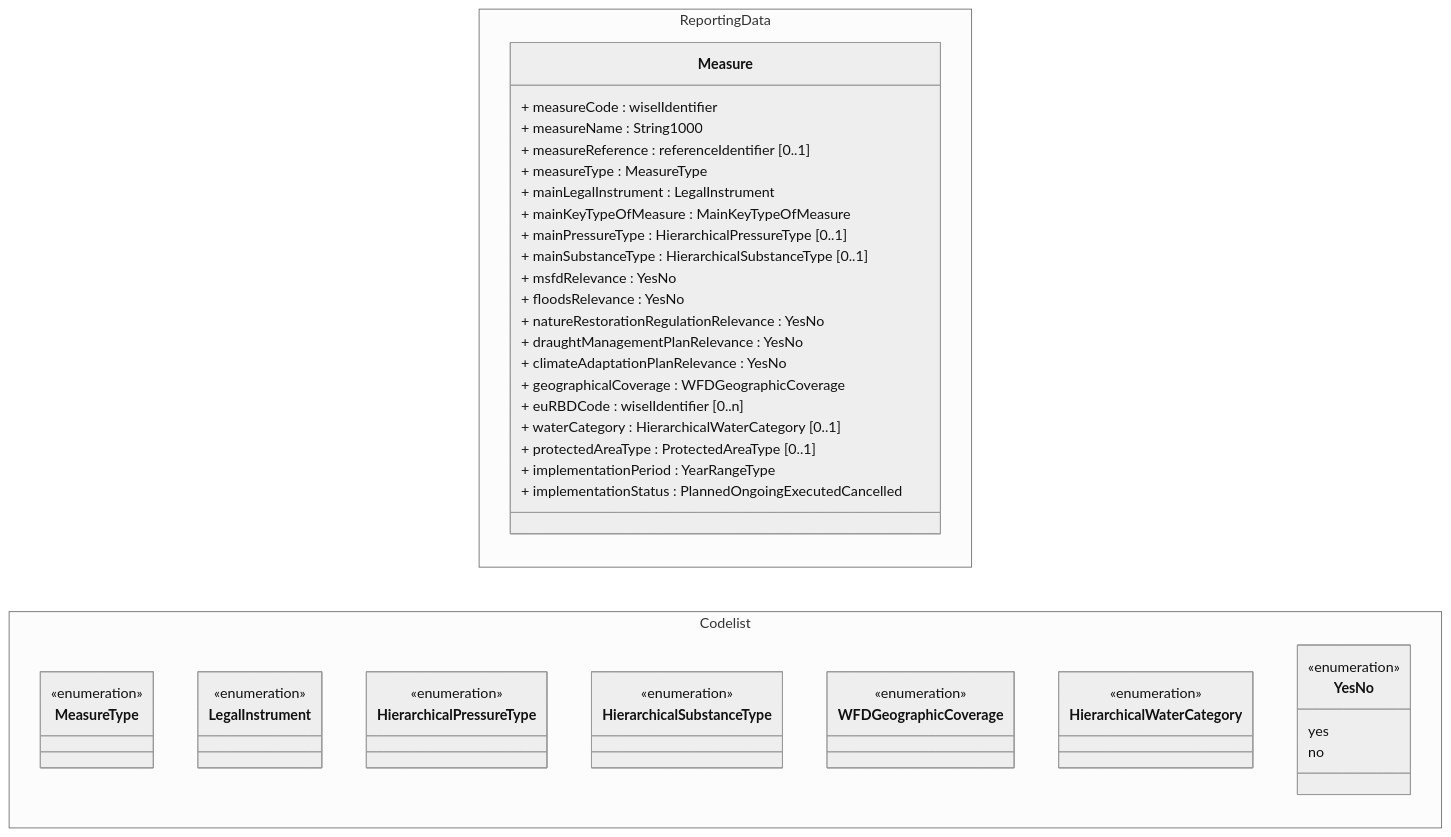
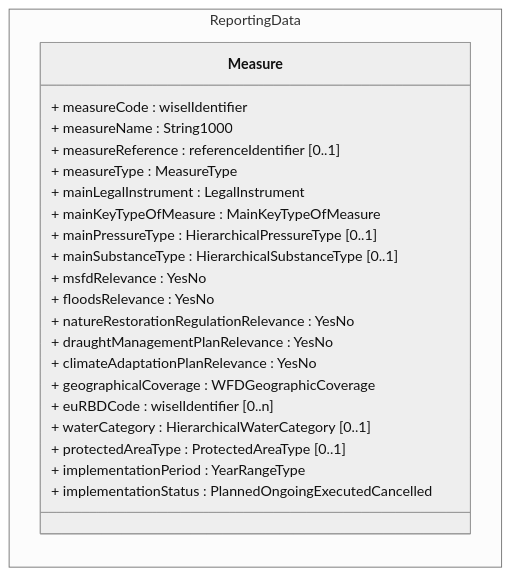
Before and after one commit to eeadata/WISE.WFD.Documentation: the diagram in docs/DataModelReview/mmd/Measures_Measure_4thCycle_ClassDiagram.mmd, drawn with Mermaid. The commit also changed 9 other files, not shown here.

```diff
--- a/docs/DataModelReview/mmd/Measures_Measure_4thCycle_ClassDiagram.mmd
+++ b/docs/DataModelReview/mmd/Measures_Measure_4thCycle_ClassDiagram.mmd
@@ -1,57 +1,31 @@
 %%{init : {'theme' : 'neutral'}}%%
 classDiagram
 direction LR
 namespace ReportingData{
 class Measure {
  + measureCode : wiselIdentifier
  + measureName : String1000
  + measureReference : referenceIdentifier [0..1]
 
  + measureType : MeasureType 
  + mainLegalInstrument : LegalInstrument
  + mainKeyTypeOfMeasure : MainKeyTypeOfMeasure
 
  + mainPressureType : HierarchicalPressureType [0..1]
  + mainSubstanceType : HierarchicalSubstanceType [0..1]
 
  + msfdRelevance : YesNo
  + floodsRelevance : YesNo
  + natureRestorationRegulationRelevance : YesNo
  + draughtManagementPlanRelevance : YesNo
  + climateAdaptationPlanRelevance : YesNo
 
  + geographicalCoverage : WFDGeographicCoverage
  + euRBDCode : wiselIdentifier [0..n]
  + waterCategory : HierarchicalWaterCategory [0..1]
  + protectedAreaType : ProtectedAreaType [0..1]
 
  + implementationPeriod : YearRangeType
  + implementationStatus : PlannedOngoingExecutedCancelled
 }
 }
-
-namespace Codelist{
-class MeasureType{
-    <<enumeration>>
-    }
-class LegalInstrument{
-    <<enumeration>>
-    }
-class HierarchicalPressureType{
-    <<enumeration>>
-    }
-class HierarchicalSubstanceType{
-    <<enumeration>>
-    }
-class WFDGeographicCoverage{
-    <<enumeration>>
-    }
-class HierarchicalWaterCategory{
-    <<enumeration>>
-    }    
-class YesNo{
-    <<enumeration>>
-    yes
-    no
-    }    
-}
```
